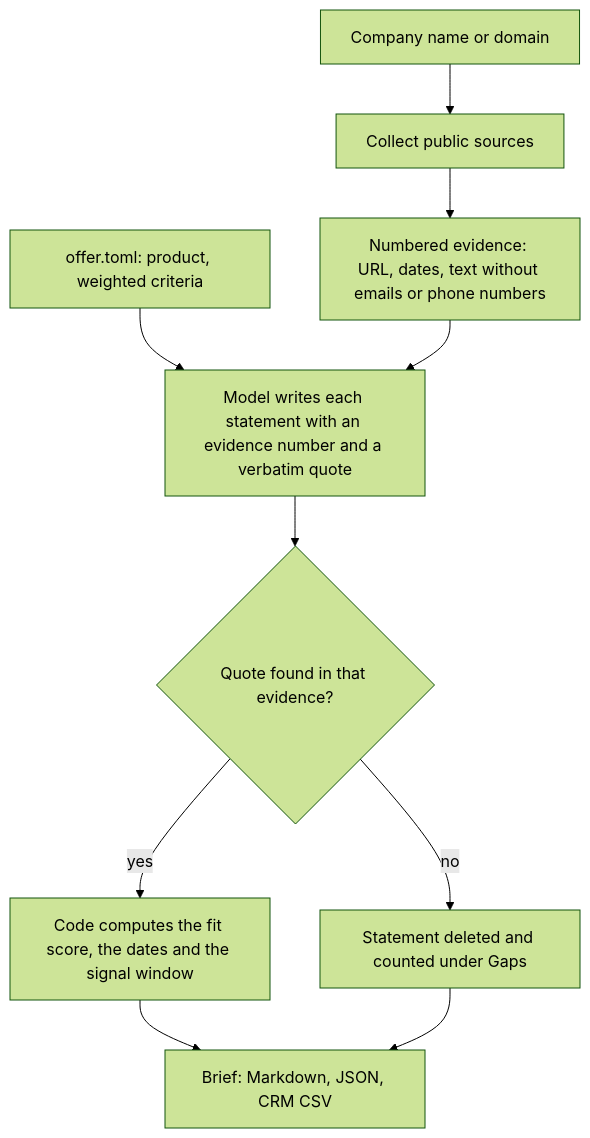
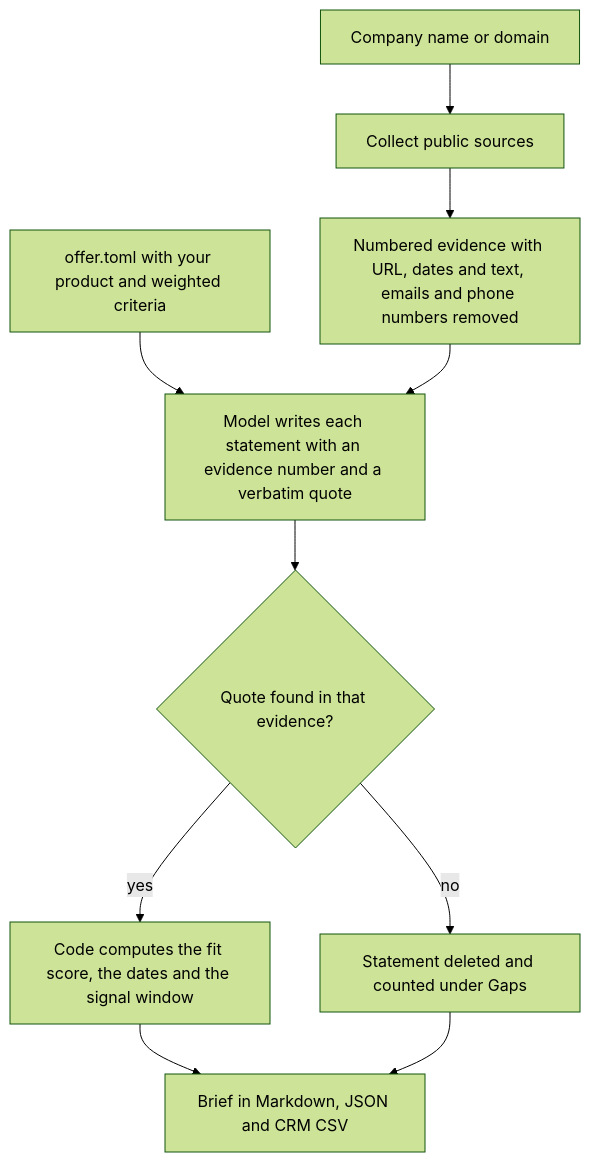
One commit to Bouliw/foothold changed the diagram in README.md. Above: the diagram before and after it, drawn with Mermaid (forest theme).

Commit message:
Fix the pipeline diagram syntax

````diff
--- a/README.md
+++ b/README.md
@@ -114,12 +114,12 @@
 ```mermaid
 flowchart TD
-    A[Company name or domain] --> B[Collect public sources]
-    B --> C[Numbered evidence: URL, dates, text without emails or phone numbers]
-    O[offer.toml: product, weighted criteria] --> D
-    C --> D[Model writes each statement with an evidence number and a verbatim quote]
-    D --> E{Quote found in that evidence?}
-    E -- no --> G[Statement deleted and counted under Gaps]
-    E -- yes --> F[Code computes the fit score, the dates and the signal window]
-    F --> H[Brief: Markdown, JSON, CRM CSV]
-    G --> H
+    input["Company name or domain"] --> collect["Collect public sources"]
+    collect --> evidence["Numbered evidence with URL, dates and text, emails and phone numbers removed"]
+    offer["offer.toml with your product and weighted criteria"] --> model
+    evidence --> model["Model writes each statement with an evidence number and a verbatim quote"]
+    model --> check{"Quote found in that evidence?"}
+    check -- no --> dropped["Statement deleted and counted under Gaps"]
+    check -- yes --> score["Code computes the fit score, the dates and the signal window"]
+    score --> brief["Brief in Markdown, JSON and CRM CSV"]
+    dropped --> brief
 ```
````
